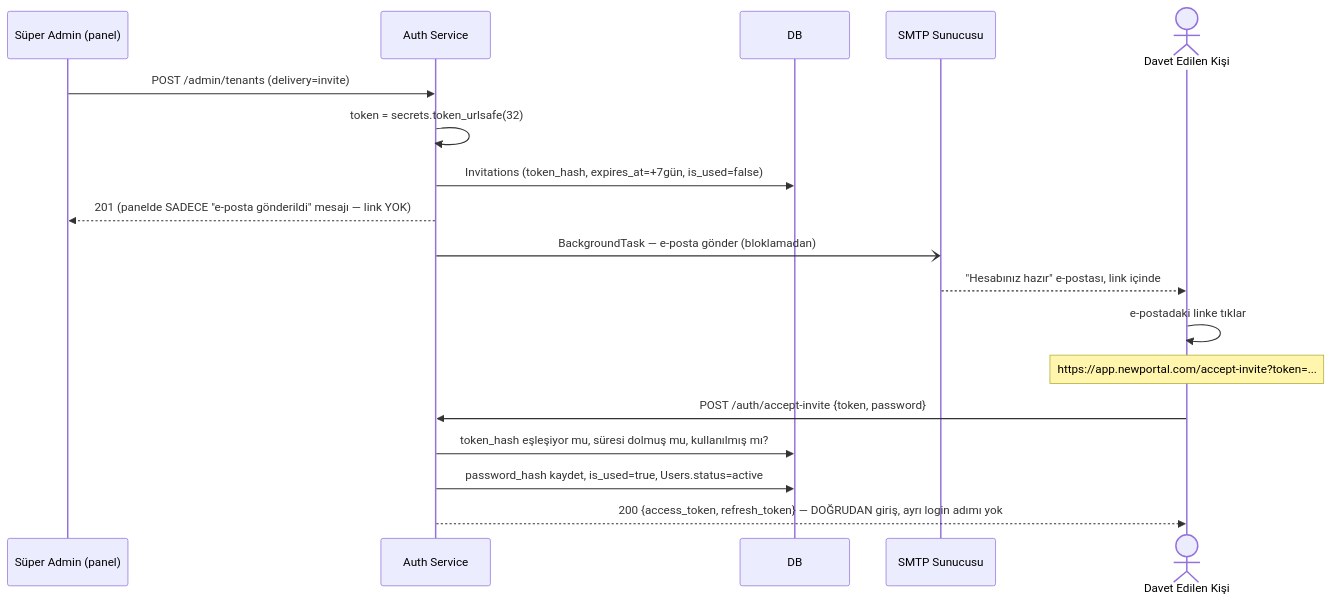
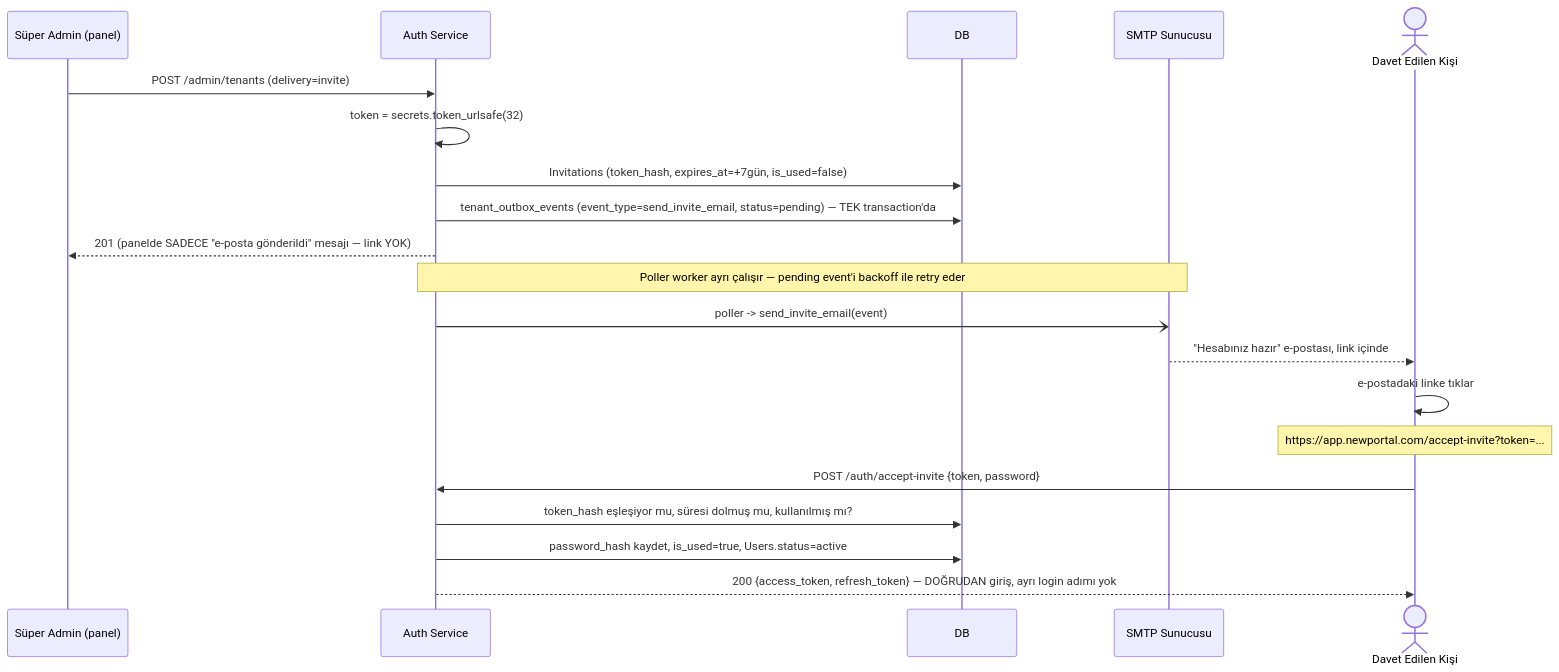
The diagram in docs/services/auth-service/invite-delivery.mdx (yusufkrnz/NPBackDocs), drawn with Mermaid before and after one commit. The commit also changed other lines of this file and 14 other files, not shown here.

````diff
--- a/docs/services/auth-service/invite-delivery.mdx
+++ b/docs/services/auth-service/invite-delivery.mdx
@@ -17,22 +17,24 @@
 ```mermaid
 sequenceDiagram
     participant SA as Süper Admin (panel)
     participant Auth as Auth Service
     participant DB
     participant SMTP as SMTP Sunucusu
     actor Kisi as Davet Edilen Kişi
 
     SA->>Auth: POST /admin/tenants (delivery=invite)
     Auth->>Auth: token = secrets.token_urlsafe(32)
     Auth->>DB: Invitations (token_hash, expires_at=+7gün, is_used=false)
+    Auth->>DB: tenant_outbox_events (event_type=send_invite_email, status=pending) — TEK transaction'da
     Auth-->>SA: 201 (panelde SADECE "e-posta gönderildi" mesajı — link YOK)
-    Auth-)SMTP: BackgroundTask — e-posta gönder (bloklamadan)
+    Note over Auth,SMTP: Poller worker ayrı çalışır — pending event'i backoff ile retry eder
+    Auth-)SMTP: poller -> send_invite_email(event)
     SMTP-->>Kisi: "Hesabınız hazır" e-postası, link içinde
 
     Kisi->>Kisi: e-postadaki linke tıklar
     Note over Kisi: https://app.newportal.com/accept-invite?token=...
     Kisi->>Auth: POST /auth/accept-invite {token, password}
     Auth->>DB: token_hash eşleşiyor mu, süresi dolmuş mu, kullanılmış mı?
     Auth->>DB: password_hash kaydet, is_used=true, Users.status=active
     Auth-->>Kisi: 200 {access_token, refresh_token} — DOĞRUDAN giriş, ayrı login adımı yok
 ```
````
